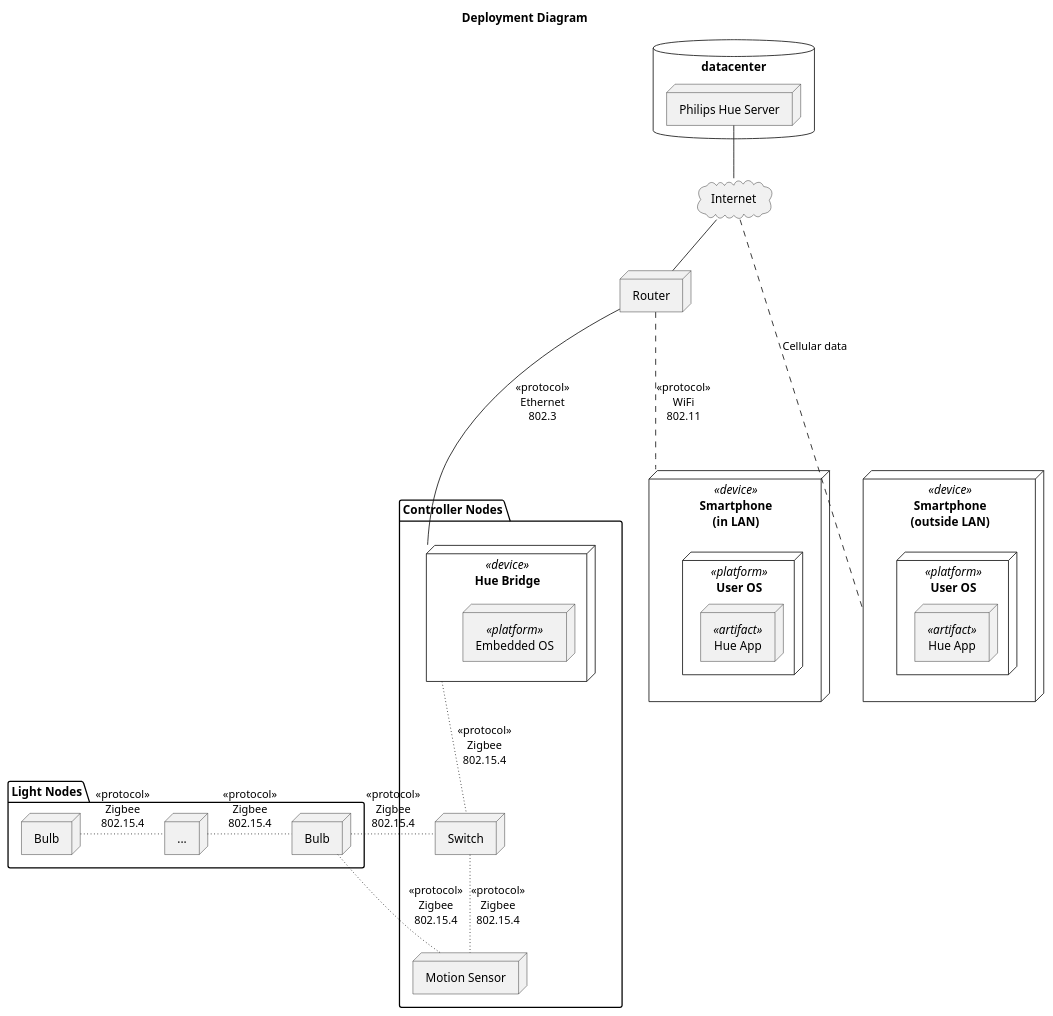
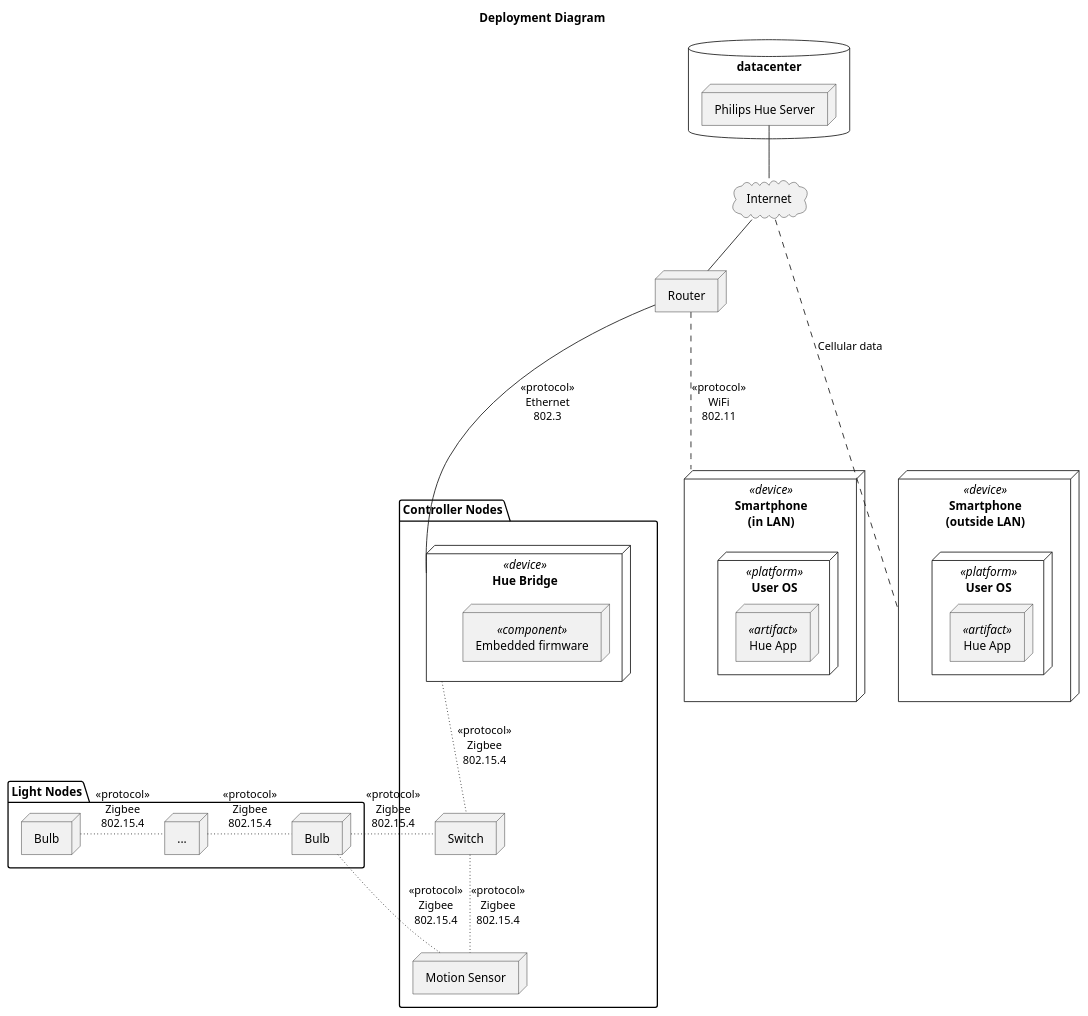
Before and after one commit to dpvdberg/2imn15-diagrams: the diagram in diagrams/Deployment.puml, drawn with PlantUML. The commit also changed 4 other files, not shown here.

Commit message:
Finalize diagrams

```diff
--- a/diagrams/Deployment.puml
+++ b/diagrams/Deployment.puml
@@ -1,47 +1,47 @@
 @startuml
 title Deployment Diagram
 
 cloud Internet
 node Router
 
 package "Controller Nodes" {
     node "Hue Bridge" <<device>> as bridge {
-        node "Embedded OS" <<platform>>
+        node "Embedded firmware" <<component>>
     }
     node "Motion Sensor" as ms
     node Switch
 }
 node "Smartphone\n(in LAN)" <<device>> as phoneLAN {
     node "User OS" <<platform>> as uo1 {
         node "Hue App" <<artifact>> as app1
     }
 }
 node "Smartphone\n(outside LAN)" <<device>> as phoneCellular {
     node "User OS" <<platform>> as uo2 {
         node "Hue App" <<artifact>> as app2
     }
 }
 
 package "Light Nodes" {
     node Bulb as b1
     node "..." as dots
     node Bulb as b2
 }
 
 database datacenter {
     node "Philips Hue Server" as philips
 }
 
 philips -- Internet
 Internet -- Router
 Router --- bridge : "<<protocol>>\nEthernet\n802.3"
 Router ... phoneLAN : "<<protocol>>\nWiFi\n802.11"
 Internet .... phoneCellular : "Cellular data"
 Switch ~~ ms : "<<protocol>>\nZigbee\n802.15.4"
 bridge ~~ Switch : "<<protocol>>\nZigbee\n802.15.4"
 b2 ~ Switch : "<<protocol>>\nZigbee\n802.15.4"
 b2 ~ ms : "<<protocol>>\nZigbee\n802.15.4"
 b1 ~ dots : "<<protocol>>\nZigbee\n802.15.4"
 dots ~ b2 : "<<protocol>>\nZigbee\n802.15.4"
 
 @enduml
```
